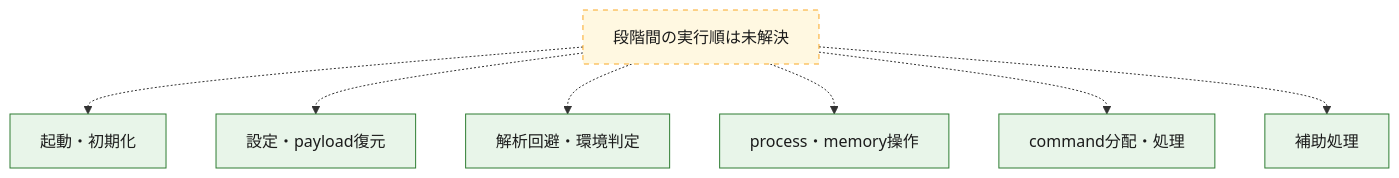
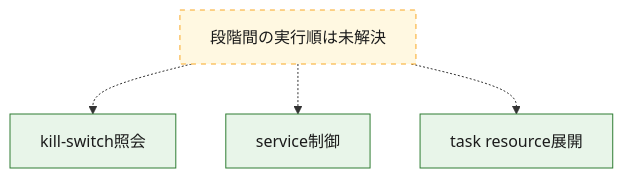
The first of 3 diagrams in analysis-results/malware/wannacry/versions/unknown/cases/e58c4fa9e1f9fcbb205b80cf3c2b6cfe824ef9aa9475489e93e613624fe5e582/OVERALL-LOGIC.md (proshiba/AI-security-analysis), drawn with Mermaid before and after one commit. The commit also changed other lines of this file and 129 other files, not shown here.

````diff
--- a/analysis-results/malware/wannacry/versions/unknown/cases/e58c4fa9e1f9fcbb205b80cf3c2b6cfe824ef9aa9475489e93e613624fe5e582/OVERALL-LOGIC.md
+++ b/analysis-results/malware/wannacry/versions/unknown/cases/e58c4fa9e1f9fcbb205b80cf3c2b6cfe824ef9aa9475489e93e613624fe5e582/OVERALL-LOGIC.md
@@ -16,20 +16,14 @@
 ```mermaid
 flowchart TD
-  exec_01["起動・初期化"]
-  exec_02["設定・payload復元"]
-  exec_03["解析回避・環境判定"]
-  exec_04["process・memory操作"]
-  exec_05["command分配・処理"]
-  exec_06["補助処理"]
+  exec_01["kill-switch照会"]
+  exec_02["service制御"]
+  exec_03["task resource展開"]
   exec_unknown["段階間の実行順は未解決"]
   exec_unknown -.-> exec_01
   exec_unknown -.-> exec_02
   exec_unknown -.-> exec_03
-  exec_unknown -.-> exec_04
-  exec_unknown -.-> exec_05
-  exec_unknown -.-> exec_06
   class exec_unknown unresolved
-  class exec_01,exec_02,exec_03,exec_04,exec_05,exec_06 confirmed
+  class exec_01,exec_02,exec_03 confirmed
   classDef confirmed fill:#e8f5e9,stroke:#2e7d32,color:#1b1b1b
   classDef unresolved fill:#fff8e1,stroke:#f9a825,color:#1b1b1b,stroke-dasharray:5 5
 ```
````
